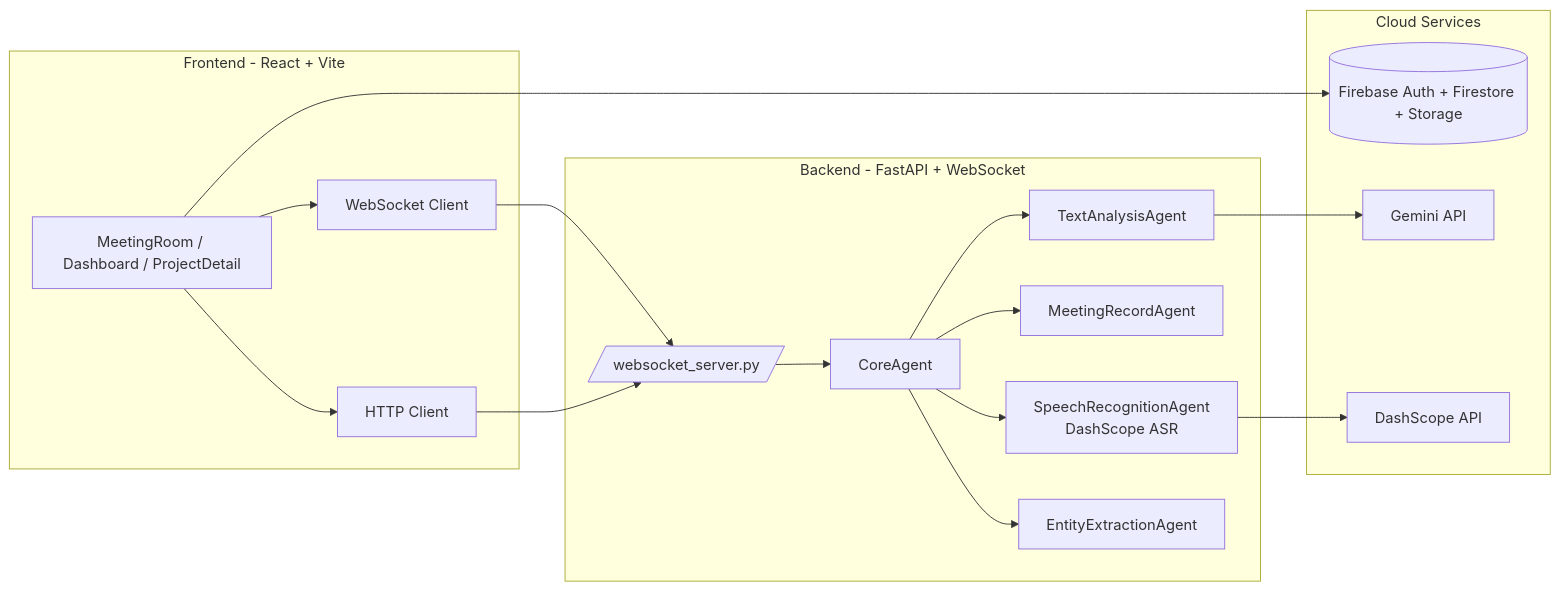
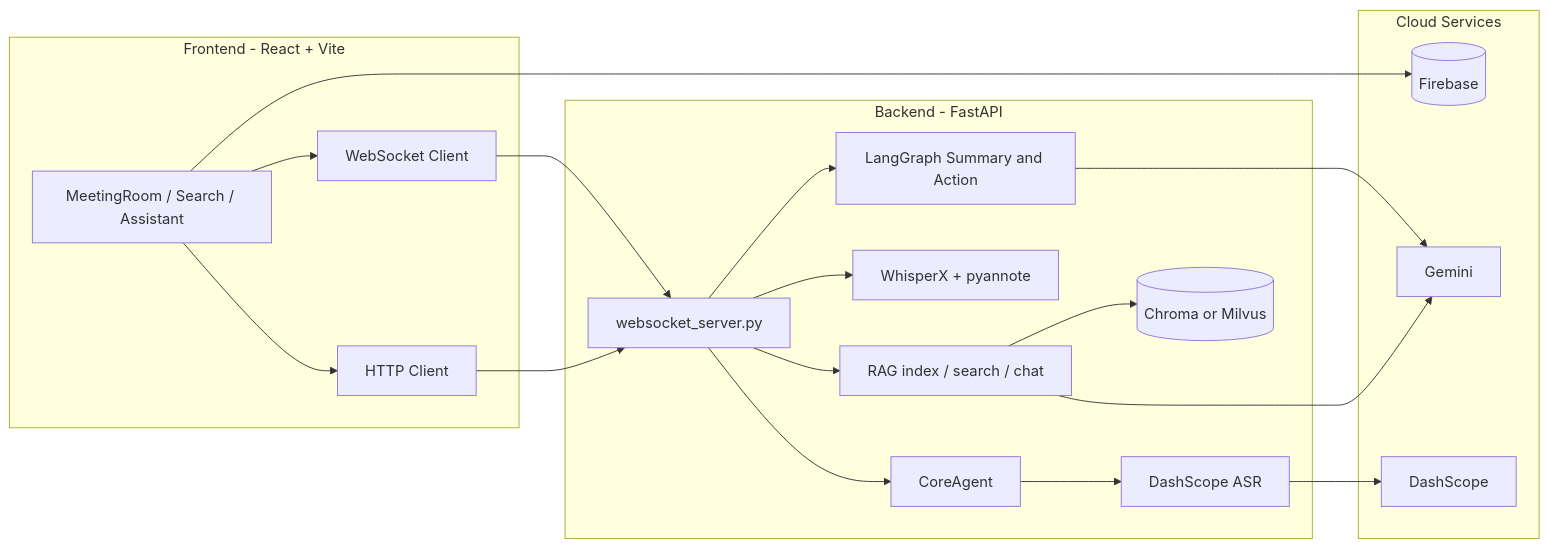
The first of 2 diagrams in README.md (diandoudou/Meet-Mind), drawn with Mermaid before and after one commit. The commit also changed other lines of this file, not shown here.

First line of the commit message:
docs: describe RAG, diarization, and the post-meeting pipeline

````diff
--- a/README.md
+++ b/README.md
@@ -34,32 +60,33 @@
 ```mermaid
 flowchart LR
 	subgraph FE[Frontend - React + Vite]
-		UI[MeetingRoom / Dashboard / ProjectDetail]
+		UI[MeetingRoom / Search / Assistant]
 		WSClient[WebSocket Client]
 		APIClient[HTTP Client]
 	end
 
-	subgraph BE[Backend - FastAPI + WebSocket]
-		WSServer[/websocket_server.py/]
+	subgraph BE[Backend - FastAPI]
+		WSServer[websocket_server.py]
 		Core[CoreAgent]
-		ASR[SpeechRecognitionAgent\nDashScope ASR]
-		Record[MeetingRecordAgent]
-		Analysis[TextAnalysisAgent]
-		Entity[EntityExtractionAgent]
+		ASR[DashScope ASR]
+		Diar[WhisperX + pyannote]
+		Graph[LangGraph Summary and Action]
+		RAG[RAG index / search / chat]
+		Store[(Chroma or Milvus)]
 	end
 
 	subgraph Cloud[Cloud Services]
-		FB[(Firebase Auth + Firestore + Storage)]
-		GEM[Gemini API]
-		DS[DashScope API]
+		FB[(Firebase)]
+		GEM[Gemini]
+		DS[DashScope]
 	end
 
 	UI --> WSClient --> WSServer
 	UI --> APIClient --> WSServer
-	WSServer --> Core
-	Core --> ASR --> DS
-	Core --> Record
-	Core --> Analysis --> GEM
-	Core --> Entity
+	WSServer --> Core --> ASR --> DS
+	WSServer --> Diar
+	WSServer --> Graph --> GEM
+	WSServer --> RAG --> Store
+	RAG --> GEM
 	UI --> FB
 ```
````
